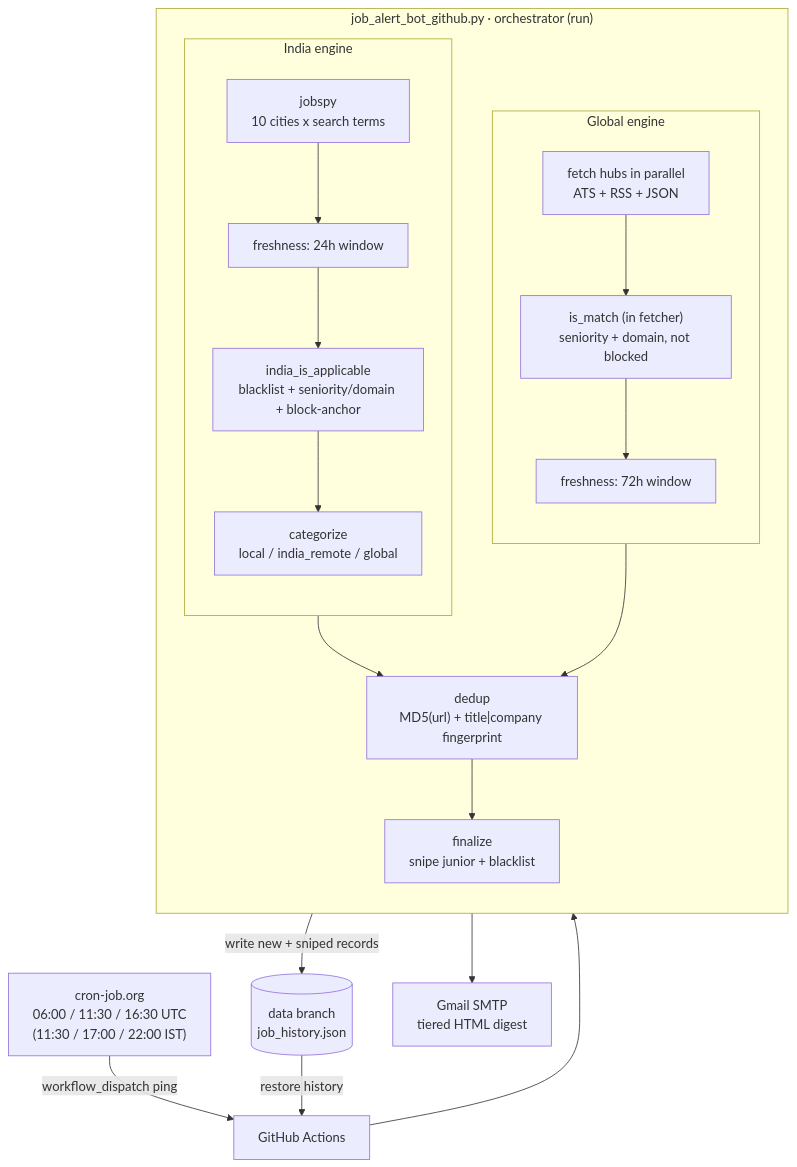
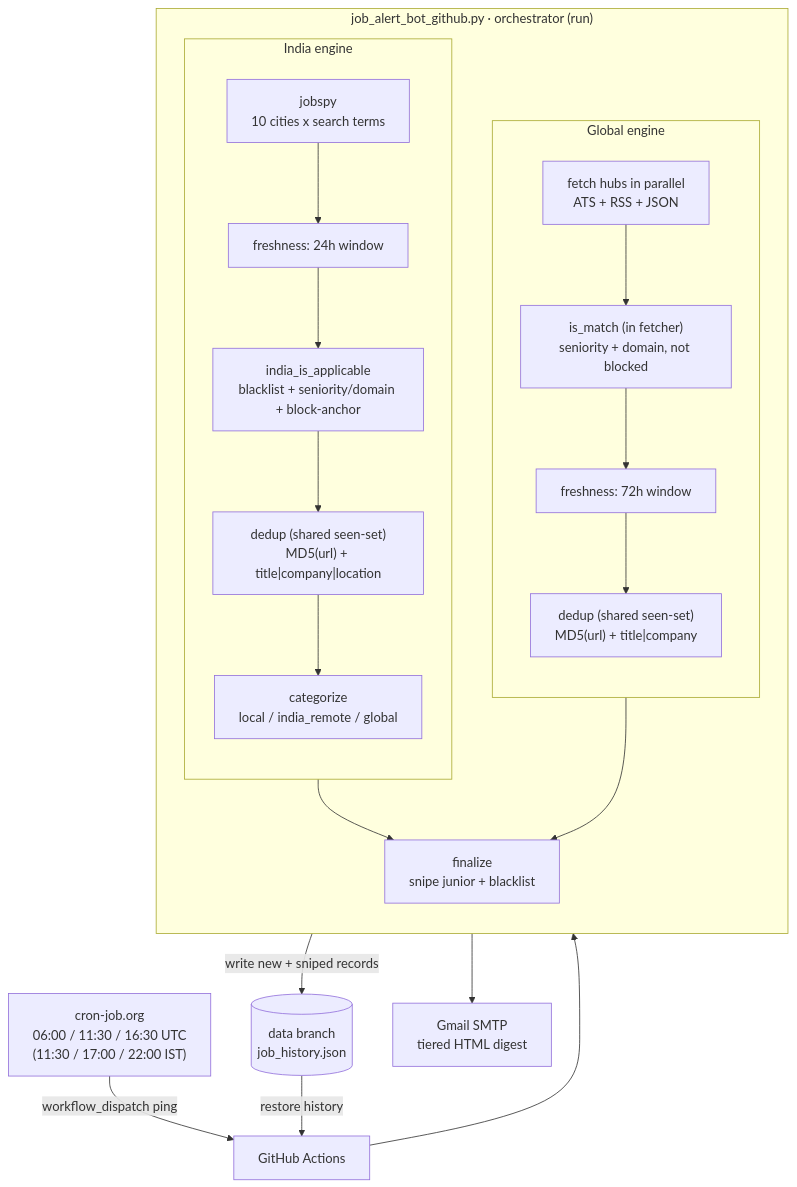
One commit to hemantk1539-creator/role-radar changed the diagram in README.md. Above: the diagram before and after it, drawn with Mermaid.

Commit message:
docs: correct how-it-works diagram - India dedup precedes categorize, show shared cross-engine seen-set

````diff
--- a/README.md
+++ b/README.md
@@ -51,24 +51,23 @@
 ```mermaid
 flowchart TD
     CRON["cron-job.org<br/>06:00 / 11:30 / 16:30 UTC<br/>(11:30 / 17:00 / 22:00 IST)"] -->|workflow_dispatch ping| GHA["GitHub Actions"]
     DATA[("data branch<br/>job_history.json")] -->|restore history| GHA
     GHA --> RUN
 
     subgraph RUN ["job_alert_bot_github.py · orchestrator (run)"]
         direction TB
         subgraph G ["Global engine"]
             direction TB
-            GF["fetch hubs in parallel<br/>ATS + RSS + JSON"] --> GM["is_match (in fetcher)<br/>seniority + domain, not blocked"] --> GA["freshness: 72h window"]
+            GF["fetch hubs in parallel<br/>ATS + RSS + JSON"] --> GM["is_match (in fetcher)<br/>seniority + domain, not blocked"] --> GA["freshness: 72h window"] --> GD["dedup (shared seen-set)<br/>MD5(url) + title|company"]
         end
         subgraph I ["India engine"]
             direction TB
-            IJ["jobspy<br/>10 cities x search terms"] --> IA["freshness: 24h window"] --> IAP["india_is_applicable<br/>blacklist + seniority/domain + block-anchor"] --> IC["categorize<br/>local / india_remote / global"]
+            IJ["jobspy<br/>10 cities x search terms"] --> IA["freshness: 24h window"] --> IAP["india_is_applicable<br/>blacklist + seniority/domain + block-anchor"] --> ID["dedup (shared seen-set)<br/>MD5(url) + title|company|location"] --> IC["categorize<br/>local / india_remote / global"]
         end
-        GA --> DEDUP["dedup<br/>MD5(url) + title|company fingerprint"]
-        IC --> DEDUP
-        DEDUP --> FIN["finalize<br/>snipe junior + blacklist"]
+        GD --> FIN["finalize<br/>snipe junior + blacklist"]
+        IC --> FIN
     end
 
     FIN --> MAIL["Gmail SMTP<br/>tiered HTML digest"]
     FIN -->|"write new + sniped records"| DATA
 ```
````
